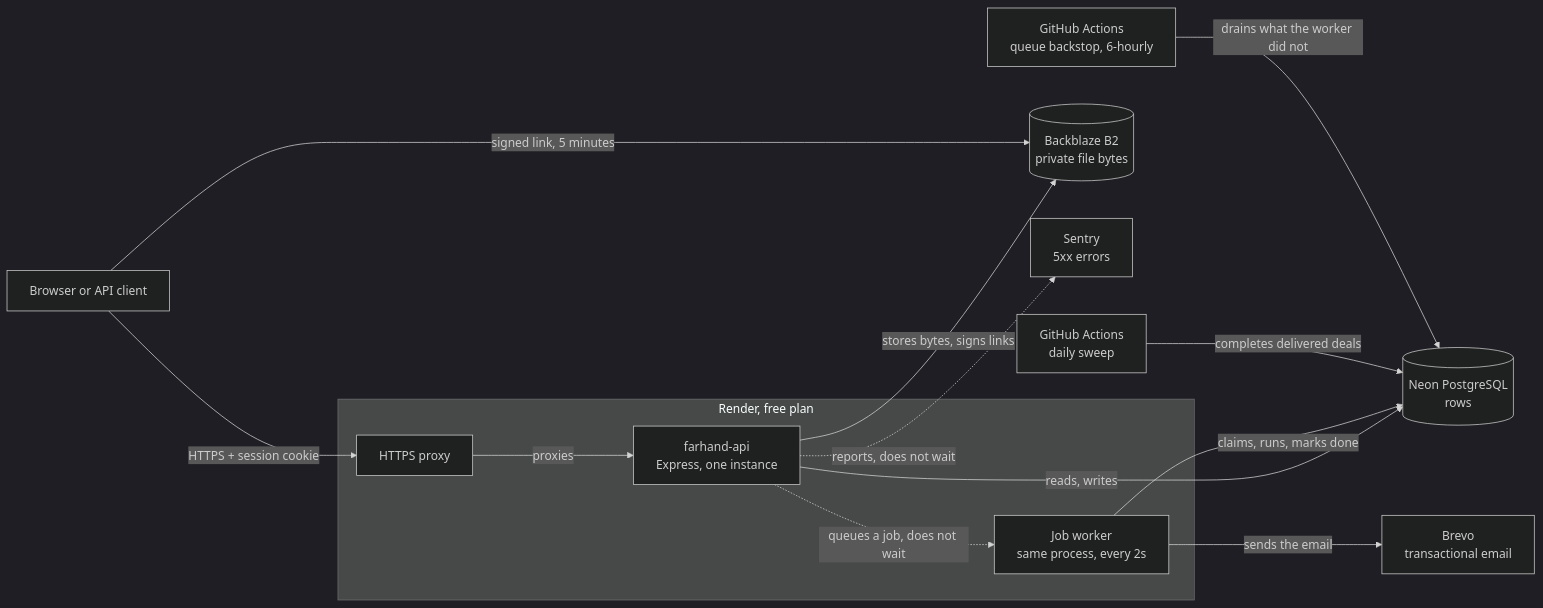
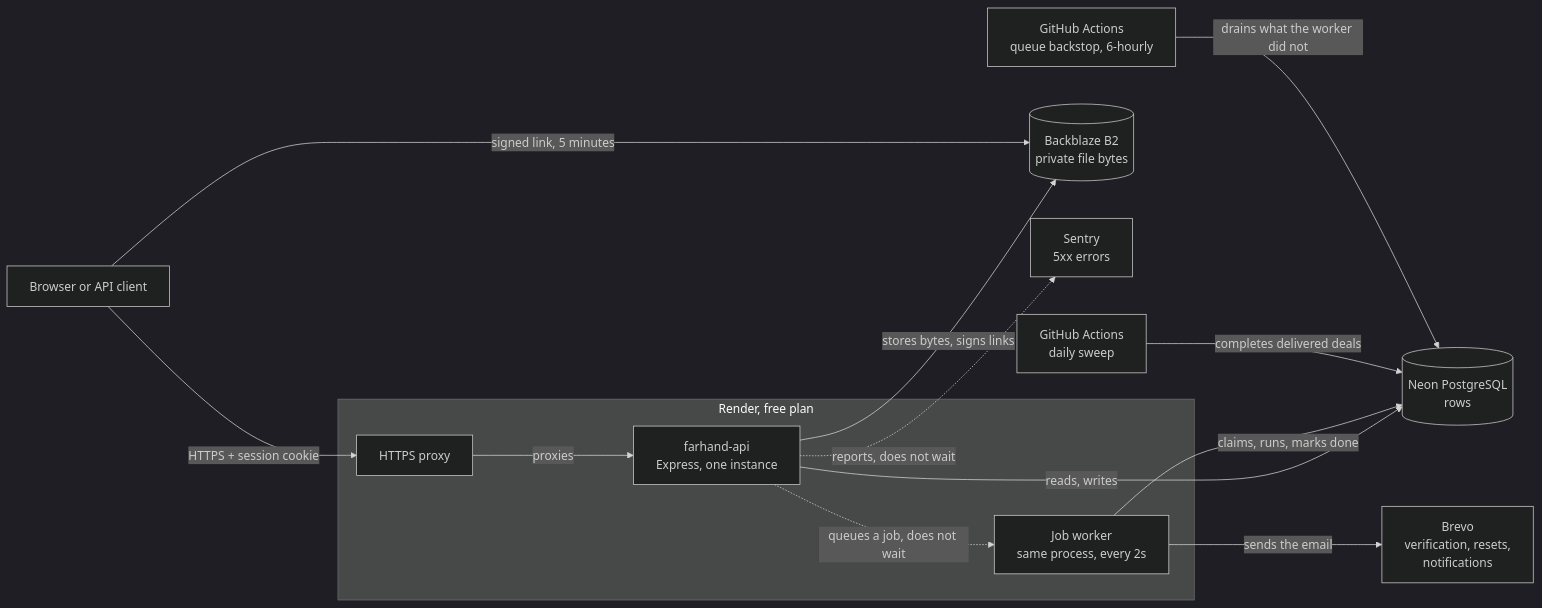
One commit to KseniaMihh/farhand changed the first of 4 diagrams in docs/15-architecture.md. Above: the diagram before and after it, drawn with Mermaid (dark theme). The commit also changed other lines of this file and 20 other files, not shown here.

````diff
--- a/docs/15-architecture.md
+++ b/docs/15-architecture.md
@@ -15,29 +15,29 @@
 ```mermaid
 flowchart LR
     browser["Browser or API client"]
 
     subgraph render ["Render, free plan"]
         edge["HTTPS proxy"]
         api["farhand-api<br/>Express, one instance"]
         worker["Job worker<br/>same process, every 2s"]
     end
 
     neon[("Neon PostgreSQL<br/>rows")]
     b2[("Backblaze B2<br/>private file bytes")]
     sentry["Sentry<br/>5xx errors"]
-    brevo["Brevo<br/>transactional email"]
+    brevo["Brevo<br/>verification, resets,<br/>notifications"]
     cron["GitHub Actions<br/>daily sweep"]
     backstop["GitHub Actions<br/>queue backstop, 6-hourly"]
 
     browser -->|"HTTPS + session cookie"| edge
     edge -->|"proxies"| api
     api -->|"reads, writes"| neon
     api -->|"stores bytes, signs links"| b2
     api -.->|"reports, does not wait"| sentry
     api -.->|"queues a job, does not wait"| worker
     worker -->|"claims, runs, marks done"| neon
     worker -->|"sends the email"| brevo
     browser -->|"signed link, 5 minutes"| b2
     cron -->|"completes delivered deals"| neon
     backstop -->|"drains what the worker did not"| neon
 ```
````
